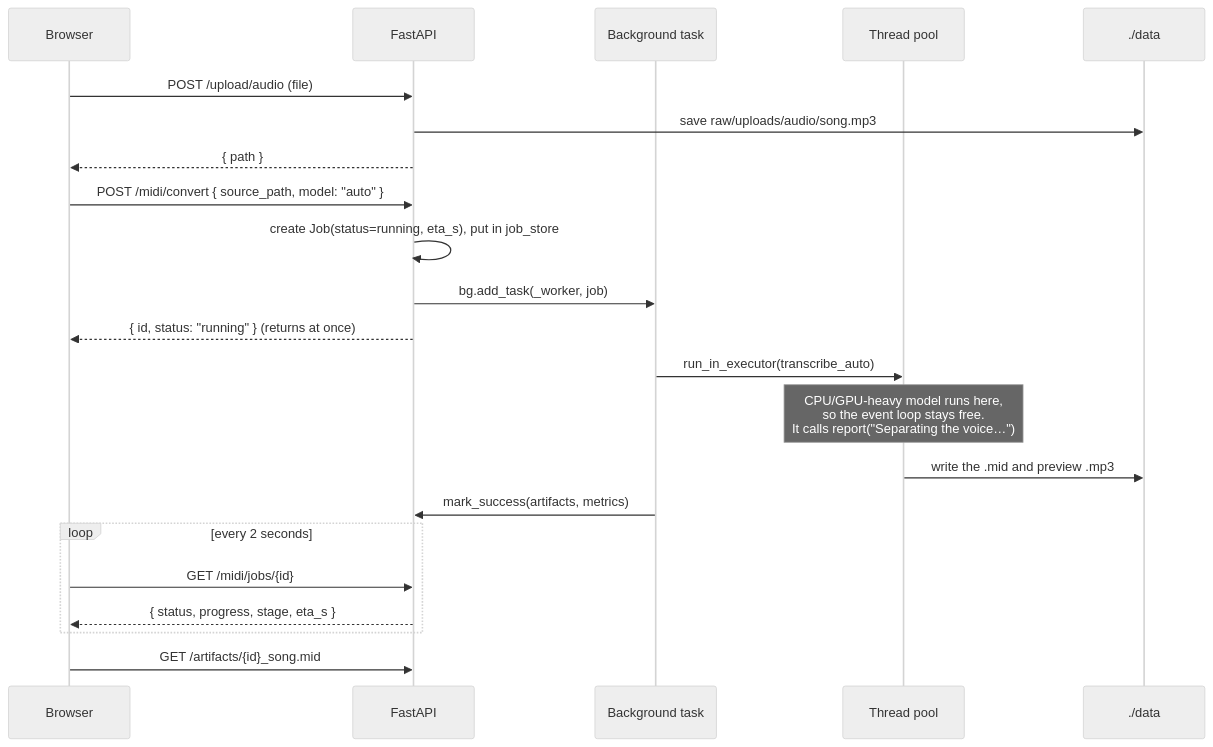
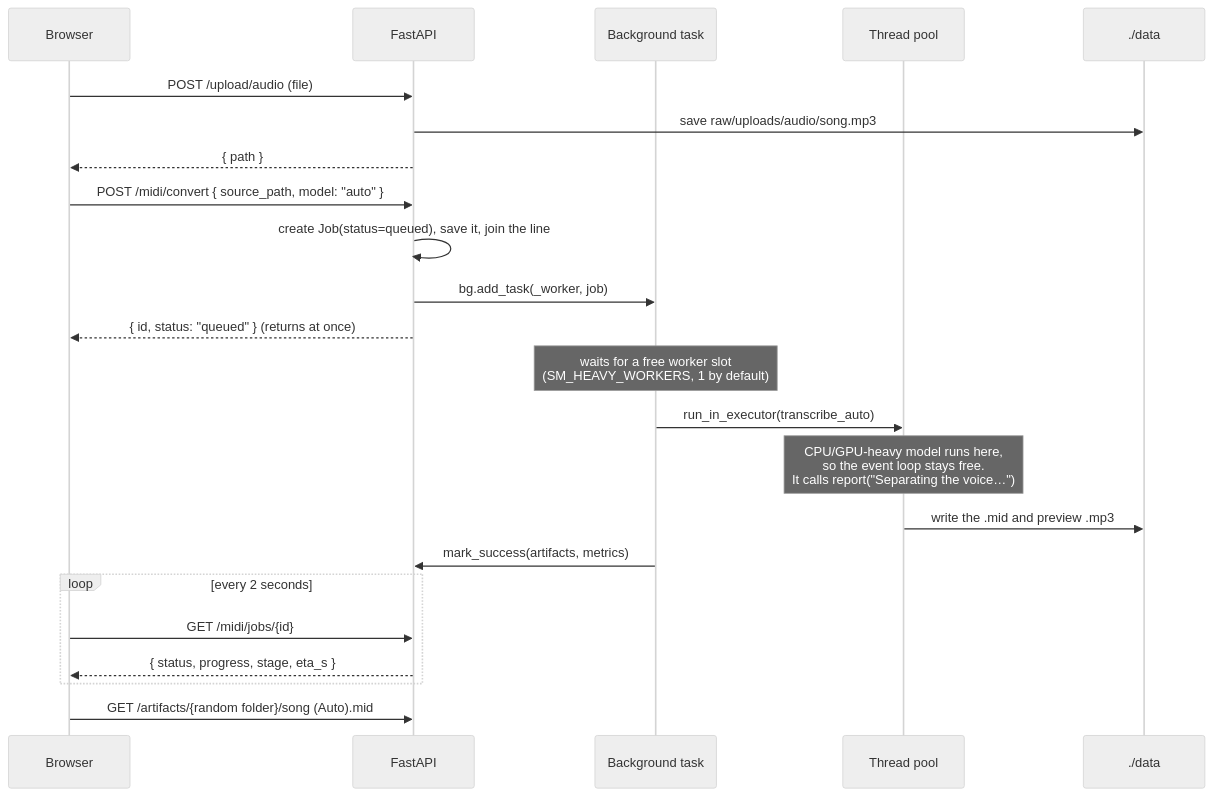
The third of 9 diagrams in docs/how-it-works.md (agangdut/supermusic), drawn with Mermaid (neutral theme) before and after one commit. The commit also changed other lines of this file and 60 other files, not shown here.

````diff
--- a/docs/how-it-works.md
+++ b/docs/how-it-works.md
@@ -191,25 +189,26 @@
 ```mermaid
 sequenceDiagram
     participant UI as Browser
     participant API as FastAPI
     participant BG as Background task
     participant EX as Thread pool
     participant FS as ./data
 
     UI->>API: POST /upload/audio (file)
     API->>FS: save raw/uploads/audio/song.mp3
     API-->>UI: { path }
     UI->>API: POST /midi/convert { source_path, model: "auto" }
-    API->>API: create Job(status=running, eta_s), put in job_store
+    API->>API: create Job(status=queued), save it, join the line
     API->>BG: bg.add_task(_worker, job)
-    API-->>UI: { id, status: "running" }  (returns at once)
+    API-->>UI: { id, status: "queued" }  (returns at once)
+    Note over BG: waits for a free worker slot<br/>(SM_HEAVY_WORKERS, 1 by default)
     BG->>EX: run_in_executor(transcribe_auto)
     Note over EX: CPU/GPU-heavy model runs here,<br/>so the event loop stays free.<br/>It calls report("Separating the voice…")
     EX->>FS: write the .mid and preview .mp3
     BG->>API: mark_success(artifacts, metrics)
     loop every 2 seconds
         UI->>API: GET /midi/jobs/{id}
         API-->>UI: { status, progress, stage, eta_s }
     end
-    UI->>API: GET /artifacts/{id}_song.mid
+    UI->>API: GET /artifacts/{random folder}/song (Auto).mid
 ```
````
